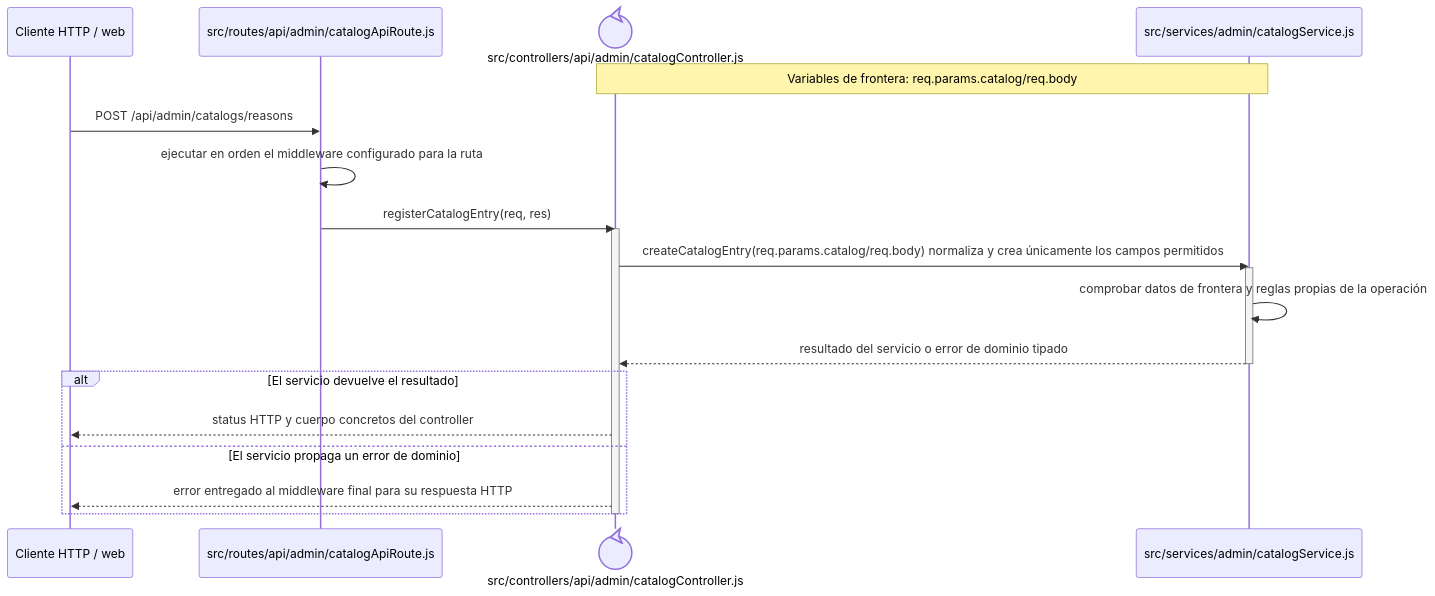
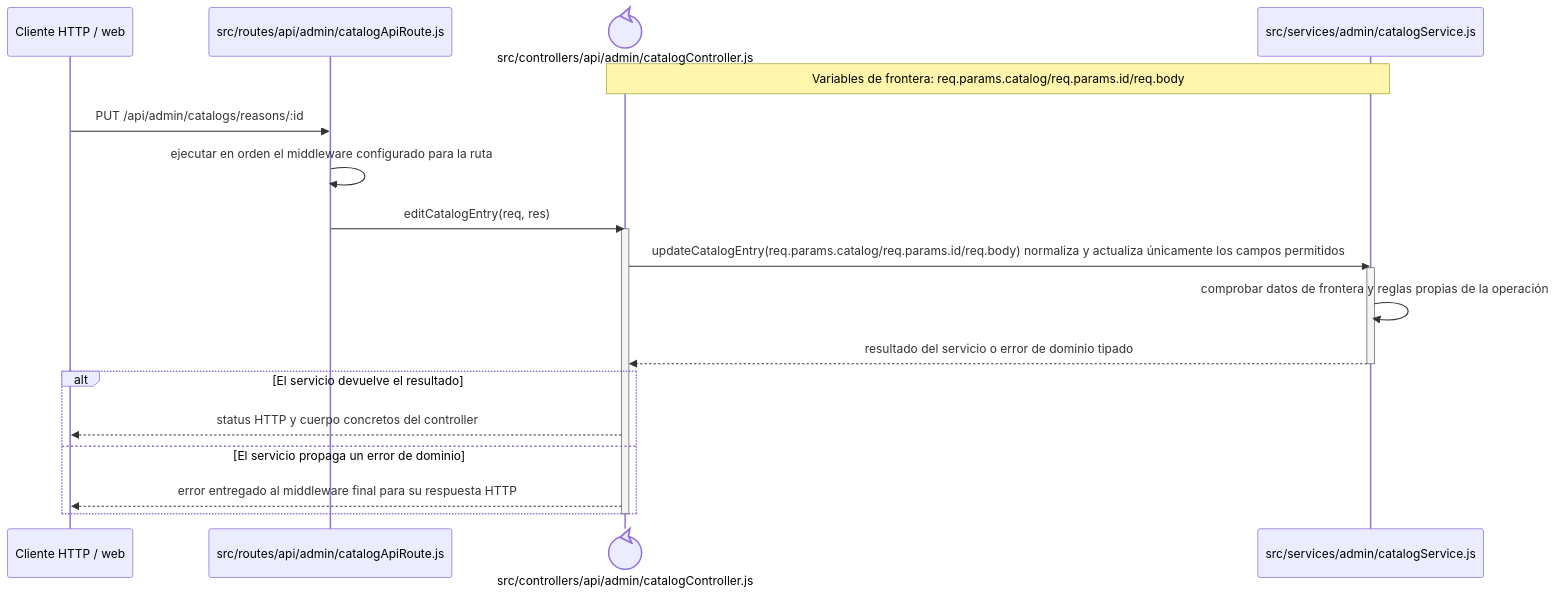
One commit to gpgsistemas01/nexus changed the diagram in docs/architecture/backend-code-sequences/catalogs/cu-cat-23.md. Above: the diagram before and after it, drawn with Mermaid. The commit also changed other lines of this file and 167 other files, not shown here.

````diff
--- a/docs/architecture/backend-code-sequences/catalogs/cu-cat-23.md
+++ b/docs/architecture/backend-code-sequences/catalogs/cu-cat-23.md
@@ -6,24 +6,24 @@
 ```mermaid
 sequenceDiagram
     participant Client as Cliente HTTP / web
     participant Route as src/routes/api/admin/catalogApiRoute.js
     participant Controller@{ "type": "control" } as src/controllers/api/admin/catalogController.js
     participant Domain as src/services/admin/catalogService.js
-    Note over Controller,Domain: Variables de frontera: req.params.catalog/req.body
+    Note over Controller,Domain: Variables de frontera: req.params.catalog/req.params.id/req.body
 
-    Client->>Route: POST /api/admin/catalogs/reasons
+    Client->>Route: PUT /api/admin/catalogs/reasons/:id
     Route->>Route: ejecutar en orden el middleware configurado para la ruta
-    Route->>Controller: registerCatalogEntry(req, res)
+    Route->>Controller: editCatalogEntry(req, res)
     activate Controller
-    Controller->>Domain: createCatalogEntry(req.params.catalog/req.body) normaliza y crea únicamente los campos permitidos
+    Controller->>Domain: updateCatalogEntry(req.params.catalog/req.params.id/req.body) normaliza y actualiza únicamente los campos permitidos
     activate Domain
     Domain->>Domain: comprobar datos de frontera y reglas propias de la operación
     Domain-->>Controller: resultado del servicio o error de dominio tipado
     deactivate Domain
     alt El servicio devuelve el resultado
         Controller-->>Client: status HTTP y cuerpo concretos del controller
     else El servicio propaga un error de dominio
         Controller-->>Client: error entregado al middleware final para su respuesta HTTP
     end
     deactivate Controller
 ```
````
